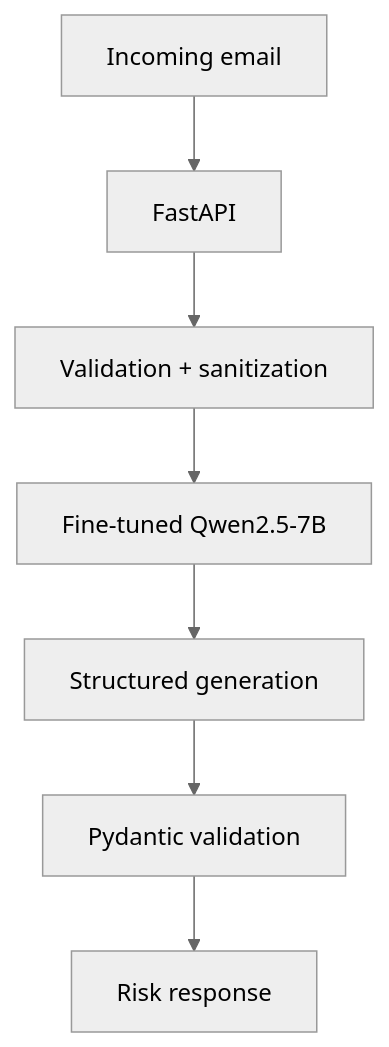
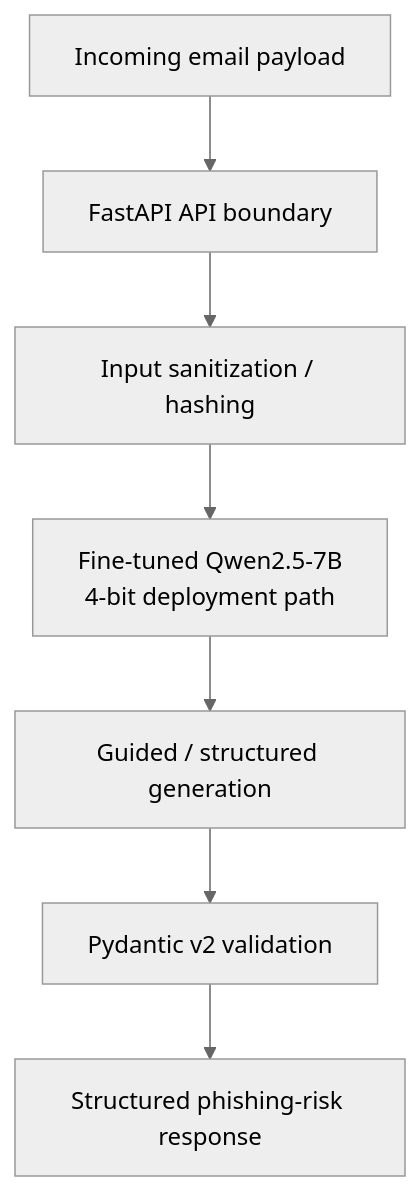
Before and after one commit to ilieg02/Zero-PII-Phishing-Engine-Architecture: the diagram in README.md, drawn with Mermaid (neutral theme). The commit also changed other lines of this file, not shown here.

````diff
--- a/README.md
+++ b/README.md
@@ -167,9 +176,17 @@
 ```mermaid
 graph TD
-    A[Incoming email] --> B[FastAPI]
-    B --> C[Validation + sanitization]
-    C --> D[Fine-tuned Qwen2.5-7B]
-    D --> E[Structured generation]
-    E --> F[Pydantic validation]
-    F --> G[Risk response]
+    RAW["Incoming email payload"]
+    API["FastAPI API boundary"]
+    PII["Input sanitization / hashing"]
+    LLM["Fine-tuned Qwen2.5-7B\n4-bit deployment path"]
+    STRUCT["Guided / structured generation"]
+    PYD["Pydantic v2 validation"]
+    OUT["Structured phishing-risk response"]
+
+    RAW --> API
+    API --> PII
+    PII --> LLM
+    LLM --> STRUCT
+    STRUCT --> PYD
+    PYD --> OUT
 ```
````
